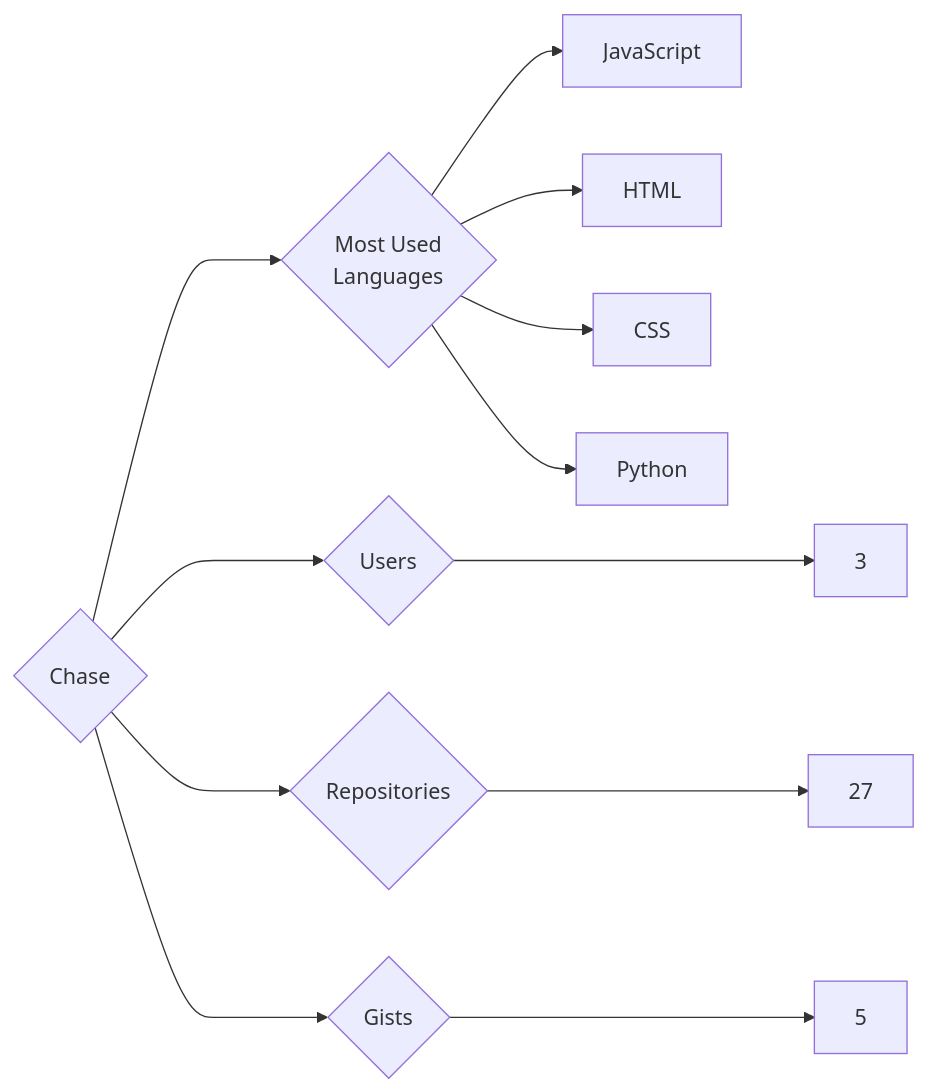
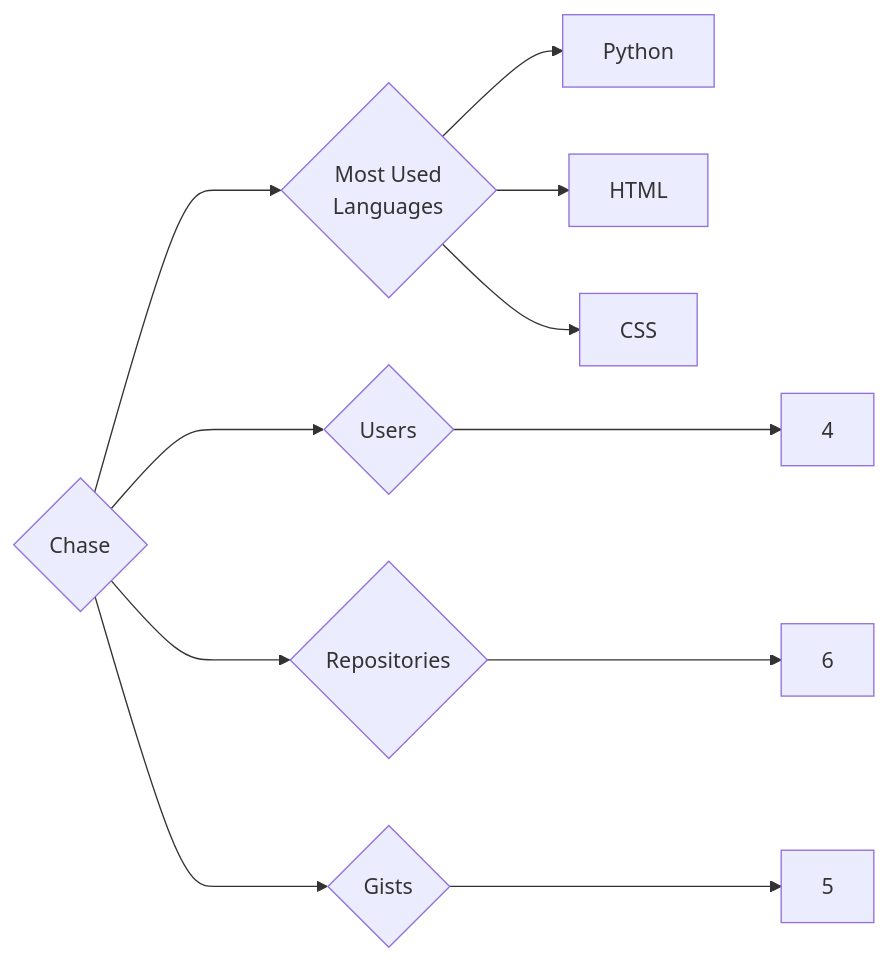
One commit to trickest/insiders changed the diagram in targets/Chase/README.md. Above: the diagram before and after it, drawn with Mermaid. The commit also changed 865 other files, not shown here.

````diff
--- a/targets/Chase/README.md
+++ b/targets/Chase/README.md
@@ -3,12 +3,11 @@
 ```mermaid
 graph LR
 COMPANY_NAME{Chase}
-COMPANY_NAME ---> U{Users} ---> UN[3]
-COMPANY_NAME ---> R{Repositories} ---> RN[27]
+COMPANY_NAME ---> U{Users} ---> UN[4]
+COMPANY_NAME ---> R{Repositories} ---> RN[6]
 COMPANY_NAME ---> G{Gists} ---> GN[5]
 COMPANY_NAME ---> ML{Most Used<br>Languages}
-ML --> JavaScript[JavaScript]
+ML --> Python[Python]
 ML --> HTML[HTML]
 ML --> CSS[CSS]
-ML --> Python[Python]
 ```
````
